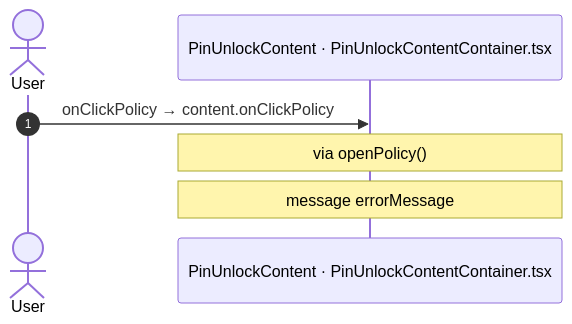
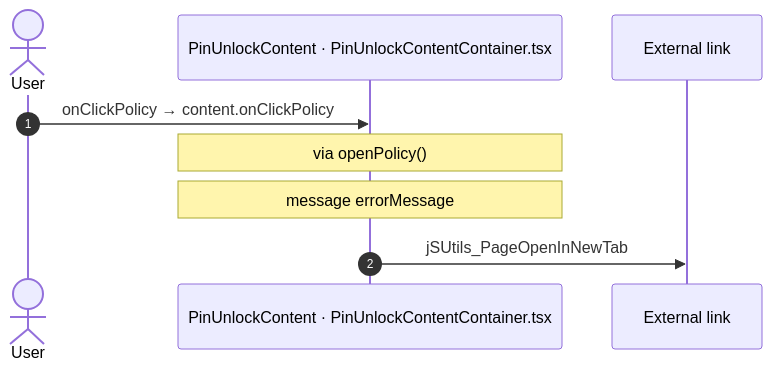
Before and after one commit to Phoenix-DX/connect-new-ui: diagram 15 of 16 in route-actions/APP_SHELL.md, drawn with Mermaid. The commit also changed other lines of this file and 6 other files, not shown here.

Commit message:
route actions: TermsAndPoliciesMenu checked (0 calls, 0 missing, 0 questions); tool: showFeedbackMessage with a variable, OpenInNewTab as external link, React branches on a named const

````diff
--- a/route-actions/APP_SHELL.md
+++ b/route-actions/APP_SHELL.md
@@ -260,9 +312,11 @@
 ```mermaid
 sequenceDiagram
   autonumber
   actor U as User
   participant H as PinUnlockContent · PinUnlockContentContainer.tsx
+  participant X as External link
   U->>H: onClickPolicy → content.onClickPolicy
   Note over H: via openPolicy()
   Note over H: message errorMessage
+  H->>X: jSUtils_PageOpenInNewTab
 ```
````
